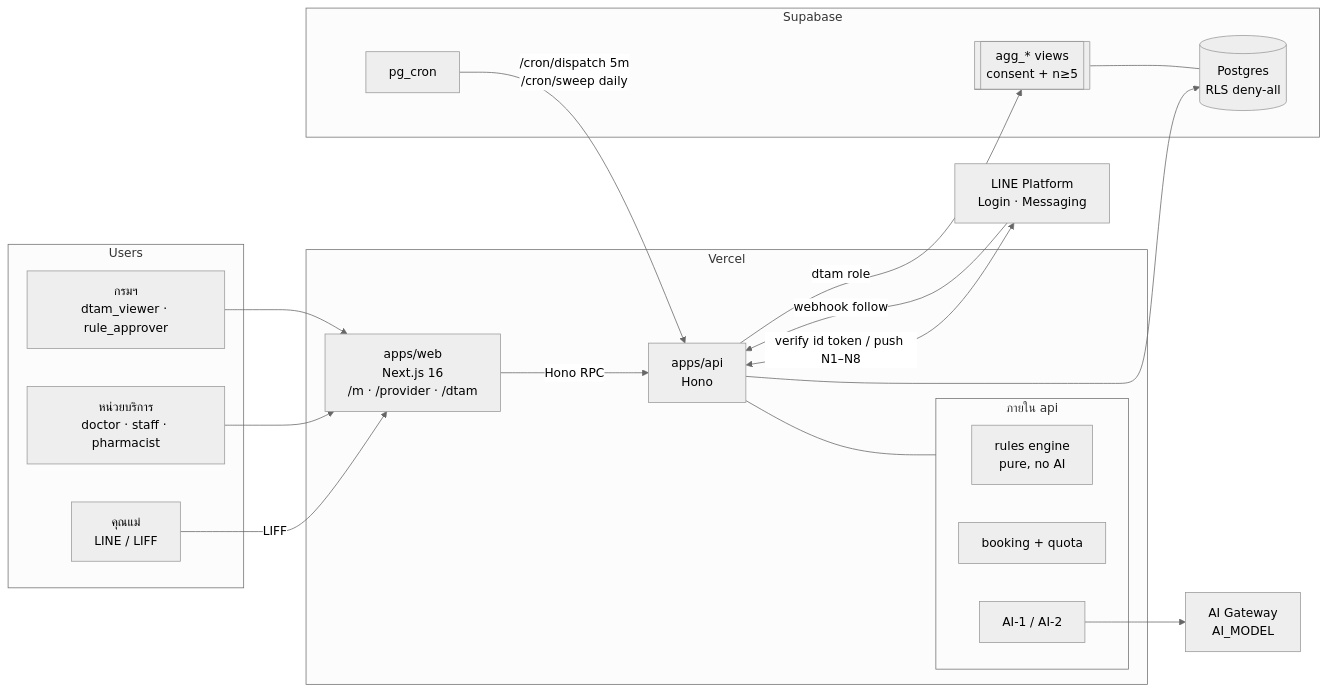
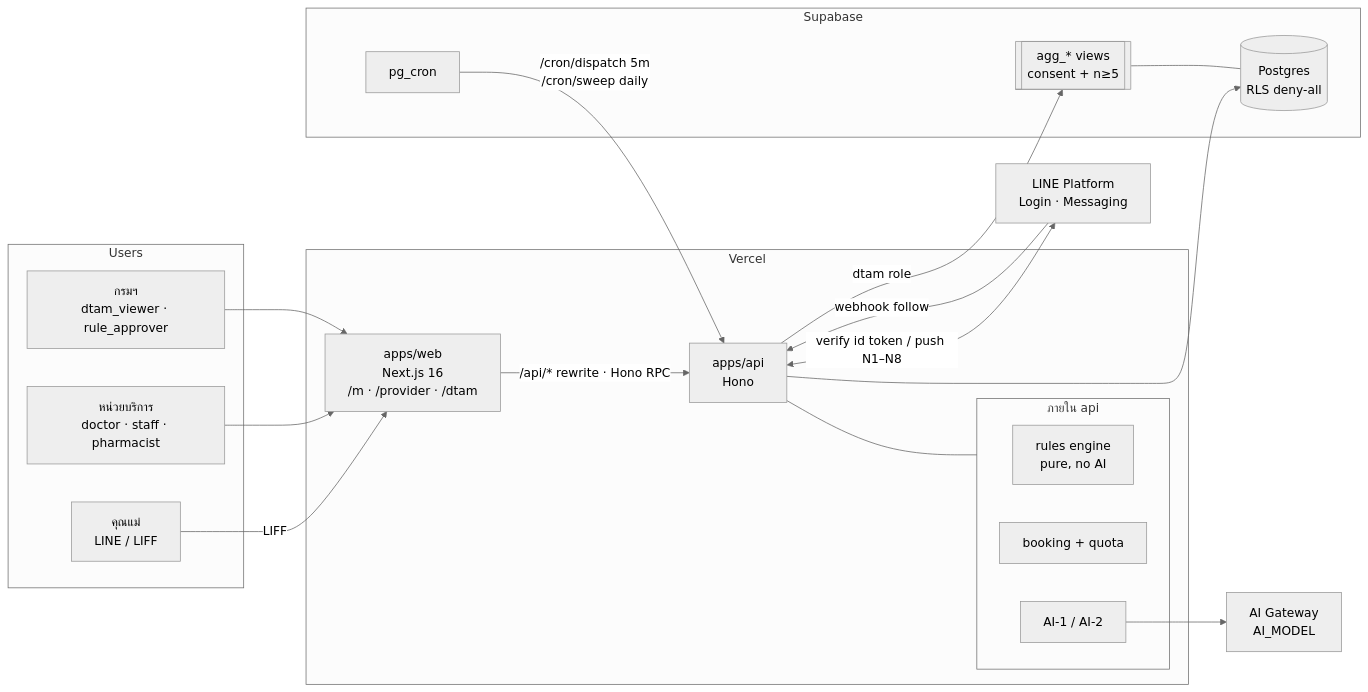
The diagram in docs/ARCHITECTURE.md (AYNO-I-KNOW/reuanfai), drawn with Mermaid (neutral theme) before and after one commit. The commit also changed other lines of this file and 8 other files, not shown here.

````diff
--- a/docs/ARCHITECTURE.md
+++ b/docs/ARCHITECTURE.md
@@ -7,40 +7,40 @@
 ```mermaid
 flowchart LR
   subgraph Users
     M[คุณแม่<br/>LINE / LIFF]
     P[หน่วยบริการ<br/>doctor · staff · pharmacist]
     D[กรมฯ<br/>dtam_viewer · rule_approver]
   end
 
   subgraph Vercel
     W[apps/web<br/>Next.js 16<br/>/m · /provider · /dtam]
     A[apps/api<br/>Hono]
     subgraph A_int[ภายใน api]
       RE[rules engine<br/>pure, no AI]
       BK[booking + quota]
       AI[AI-1 / AI-2]
     end
   end
 
   subgraph Supabase
     DB[(Postgres<br/>RLS deny-all)]
     AG[[agg_* views<br/>consent + n≥5]]
     CR[pg_cron]
   end
 
   LINE[LINE Platform<br/>Login · Messaging]
   GW[AI Gateway<br/>AI_MODEL]
 
   M -- LIFF --> W
   P --> W
   D --> W
-  W -- Hono RPC --> A
+  W -- "/api/* rewrite · Hono RPC" --> A
   A --> DB
   A -- dtam role --> AG
   AG --- DB
   A <-- verify id token / push N1–N8 --> LINE
   LINE -- webhook follow --> A
   CR -- /cron/dispatch 5m<br/>/cron/sweep daily --> A
   AI --> GW
   A --- A_int
 ```
````
